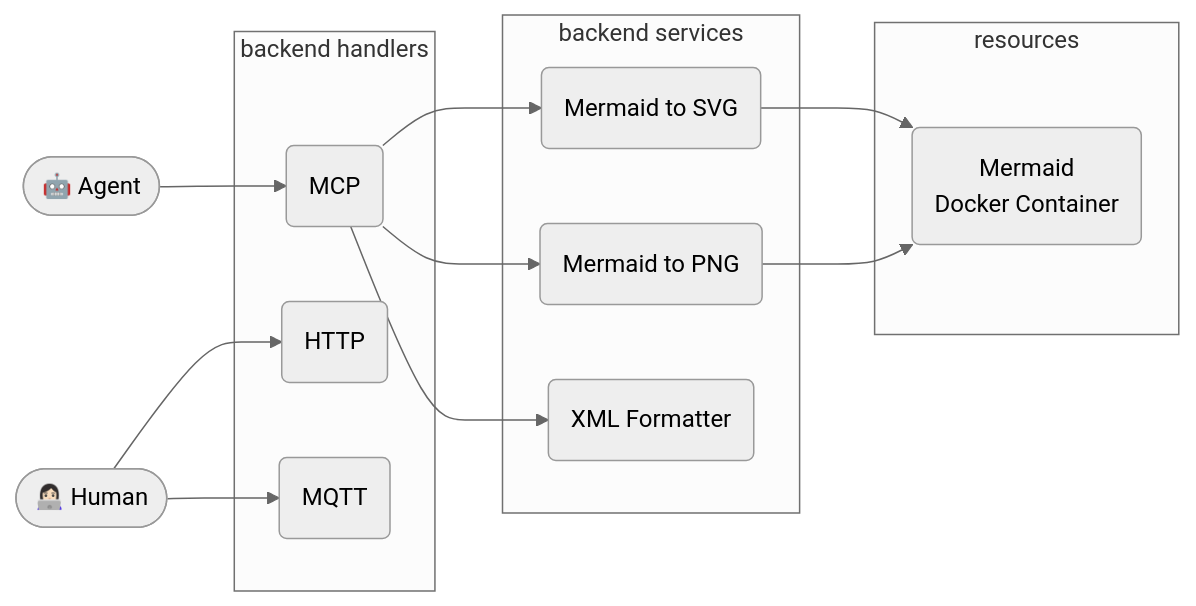
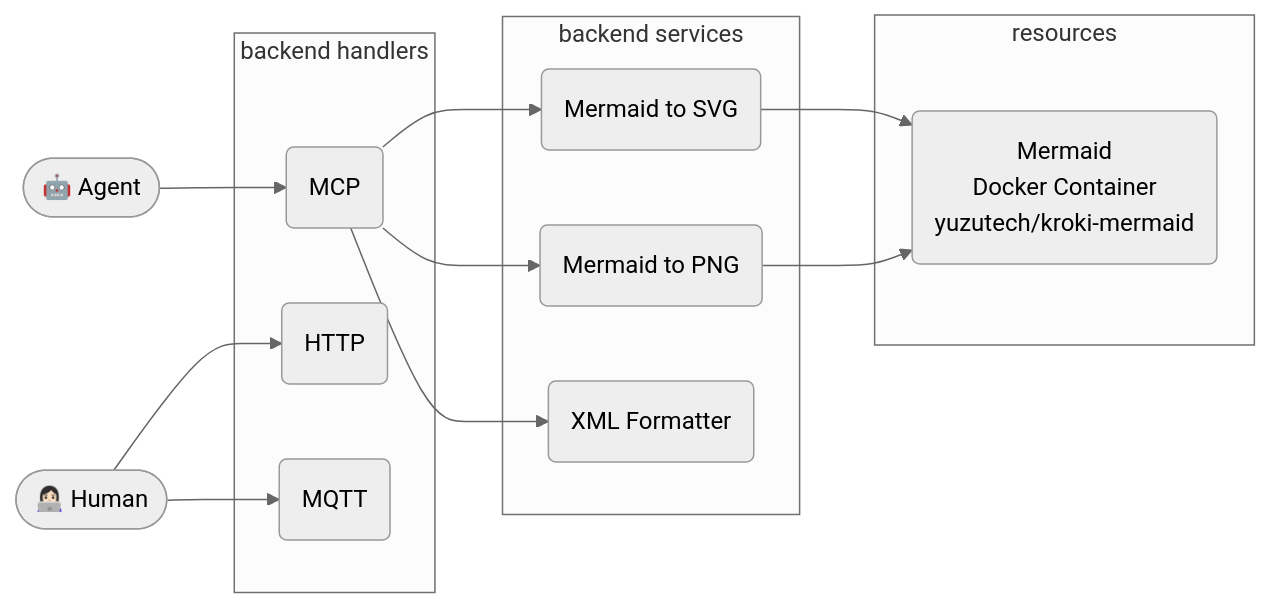
One commit to virus-warnning/agent_swings changed the diagram in docs/SYS_ARCH.md. Above: the diagram before and after it, drawn with Mermaid (neutral theme). The commit also changed 1 other file, not shown here.

Commit message:
Use kroski

````diff
--- a/docs/SYS_ARCH.md
+++ b/docs/SYS_ARCH.md
@@ -1,26 +1,26 @@
 ```mermaid
 flowchart LR
   A1([🤖 Agent])
   A2([👩🏻‍💻 Human])
 
   subgraph backend handlers
     B1(MCP)
     B2(HTTP)
     B3(MQTT)
   end
 
   subgraph backend services
     C1(Mermaid to SVG)
     C2(Mermaid to PNG)
     C3(XML Formatter)
   end
 
   subgraph resources
-    D1(Mermaid<br>Docker Container)
+    D1(Mermaid<br>Docker Container<br>yuzutech/kroki-mermaid)
   end
 
   A1 --> B1
   A2 --> B2 & B3
   B1 --> C1 & C2 & C3
   C1 & C2 --> D1
 ```
````
